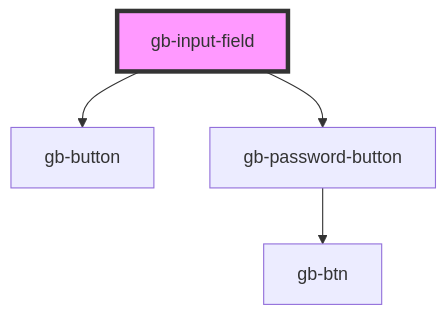
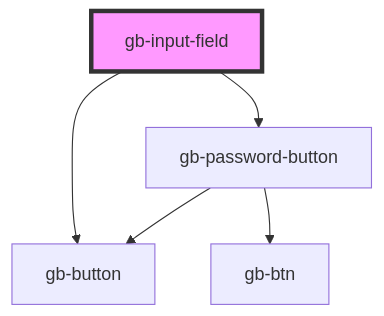
One commit to Emmanuel1858/globusComponent changed the diagram in src/components/gb-input-field/readme.md. Above: the diagram before and after it, drawn with Mermaid. The commit also changed 18 other files, not shown here.

````diff
--- a/src/components/gb-input-field/readme.md
+++ b/src/components/gb-input-field/readme.md
@@ -36,7 +36,8 @@
 ```mermaid
 graph TD;
   gb-input-field --> gb-button
   gb-input-field --> gb-password-button
   gb-password-button --> gb-btn
+  gb-password-button --> gb-button
   style gb-input-field fill:#f9f,stroke:#333,stroke-width:4px
 ```
````
